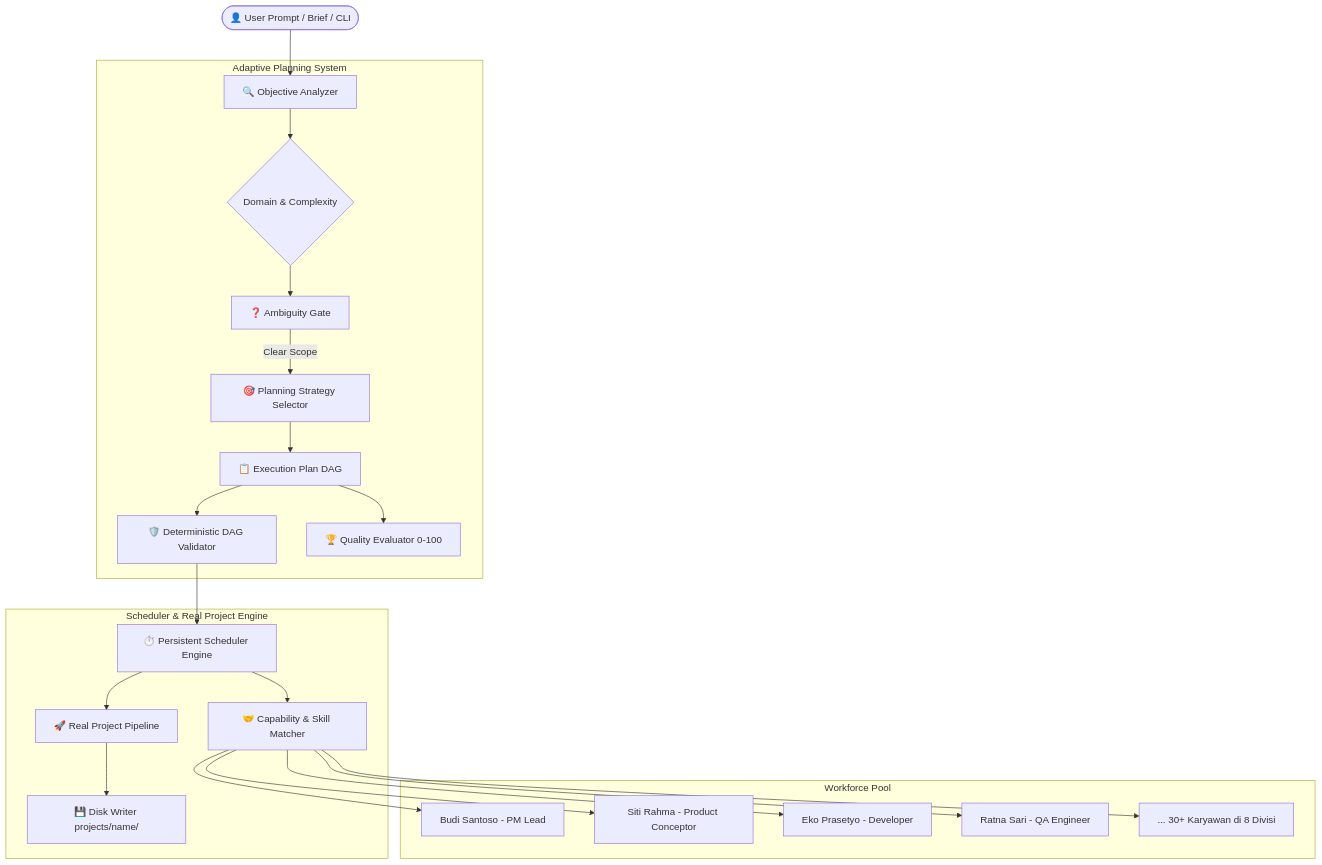
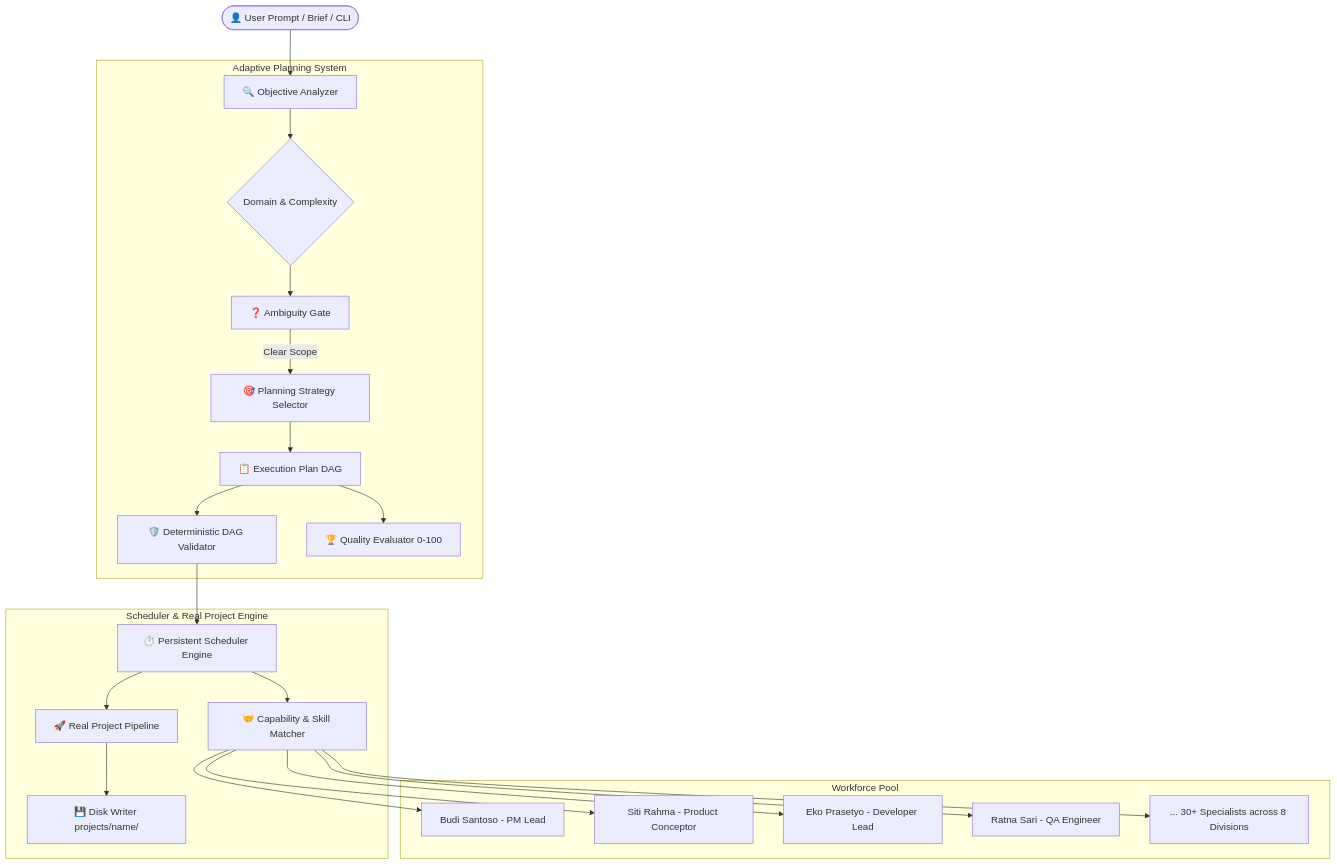
The diagram in README.md (AarsyDesign/Aether-Office), drawn with Mermaid before and after one commit. The commit also changed other lines of this file, not shown here.

````diff
--- a/README.md
+++ b/README.md
@@ -162,28 +173,28 @@
 ```mermaid
 flowchart TD
     User([👤 User Prompt / Brief / CLI]) --> Analyzer[🔍 Objective Analyzer]
     
     subgraph Planning_Intelligence [Adaptive Planning System]
         Analyzer --> Classifier{Domain & Complexity}
         Classifier --> AmbiguityCheck[❓ Ambiguity Gate]
         AmbiguityCheck -->|Clear Scope| StrategySelector[🎯 Planning Strategy Selector]
         StrategySelector --> PlanGen[📋 Execution Plan DAG]
         PlanGen --> Validator[🛡️ Deterministic DAG Validator]
         PlanGen --> Evaluator[🏆 Quality Evaluator 0-100]
     end
 
     subgraph Runtime_Operations [Scheduler & Real Project Engine]
         Validator --> Scheduler[⏱️ Persistent Scheduler Engine]
         Scheduler --> Matcher[🤝 Capability & Skill Matcher]
         Scheduler --> CodePipeline[🚀 Real Project Pipeline]
         CodePipeline --> DiskWriter[💾 Disk Writer projects/name/]
     end
 
     subgraph Workforce_Pool [Workforce Pool]
         Matcher --> Emp1[Budi Santoso - PM Lead]
         Matcher --> Emp2[Siti Rahma - Product Conceptor]
-        Matcher --> Emp3[Eko Prasetyo - Developer]
+        Matcher --> Emp3[Eko Prasetyo - Developer Lead]
         Matcher --> Emp4[Ratna Sari - QA Engineer]
-        Matcher --> EmpN[... 30+ Karyawan di 8 Divisi]
+        Matcher --> EmpN[... 30+ Specialists across 8 Divisions]
     end
 ```
````
